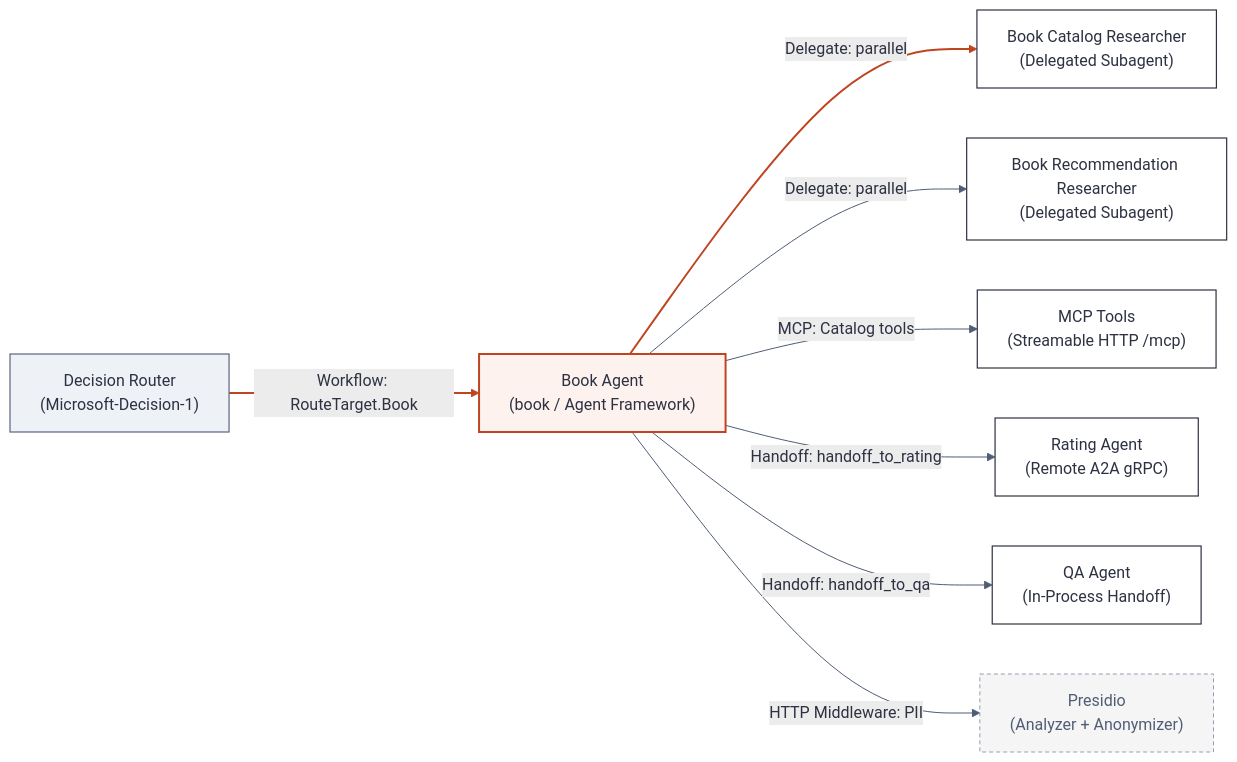
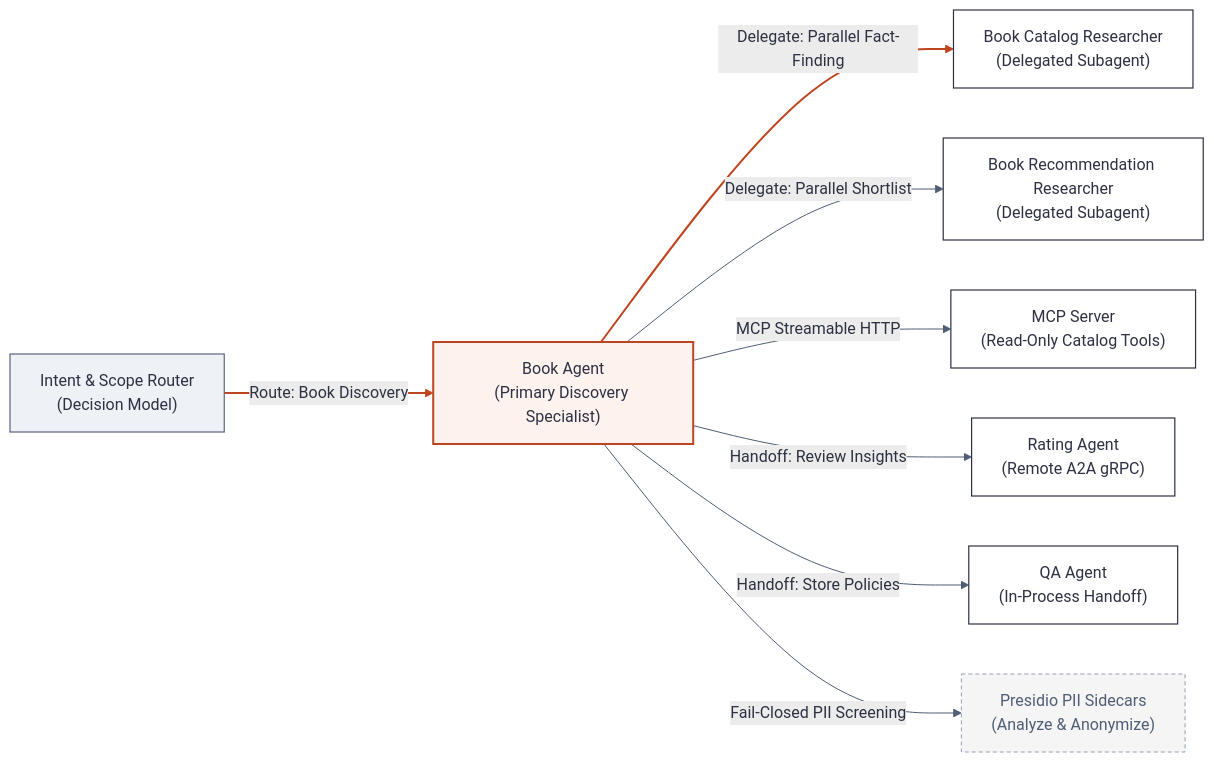
The diagram in docs/domains/BookWorm/subdomains/Conversational/agents/book-agent/mermaids/book-agent-diagram-1.mmd (foxminchan/BookWorm), drawn with Mermaid before and after one commit. The commit also changed 630 other files, not shown here.

Commit message:
Enhance documentation and diagrams (#1864)

```diff
--- a/docs/domains/BookWorm/subdomains/Conversational/agents/book-agent/mermaids/book-agent-diagram-1.mmd
+++ b/docs/domains/BookWorm/subdomains/Conversational/agents/book-agent/mermaids/book-agent-diagram-1.mmd
@@ -1,30 +1,30 @@
 %%{init: {'theme': 'base', 'themeVariables': {'background': '#f5f5f5', 'primaryColor': '#ffffff', 'primaryTextColor': '#2d3142', 'primaryBorderColor': '#2d3142', 'secondaryColor': '#ececec', 'secondaryBorderColor': '#4f5d75', 'tertiaryColor': '#fdf2ee', 'tertiaryBorderColor': '#bf4520', 'lineColor': '#4f5d75', 'textColor': '#2d3142', 'clusterBkg': '#f8f9fa', 'clusterBorder': '#bfc0c0', 'fontFamily': 'Geist, system-ui, sans-serif'}}}%%
 flowchart LR
-	router["Decision Router\n(Microsoft-Decision-1)"]
-	book["Book Agent\n(book / Agent Framework)"]
+	router["Intent & Scope Router\n(Decision Model)"]
+	book["Book Agent\n(Primary Discovery Specialist)"]
 	catRes["Book Catalog Researcher\n(Delegated Subagent)"]
 	recRes["Book Recommendation Researcher\n(Delegated Subagent)"]
-	mcp["MCP Tools\n(Streamable HTTP /mcp)"]
+	mcp["MCP Server\n(Read-Only Catalog Tools)"]
 	rating["Rating Agent\n(Remote A2A gRPC)"]
 	qa["QA Agent\n(In-Process Handoff)"]
-	presidio["Presidio\n(Analyzer + Anonymizer)"]
+	presidio["Presidio PII Sidecars\n(Analyze & Anonymize)"]
 
-	router --> |"Workflow: RouteTarget.Book"| book
-	book --> |"Delegate: parallel"| catRes
-	book --> |"Delegate: parallel"| recRes
-	book --> |"MCP: Catalog tools"| mcp
-	book --> |"Handoff: handoff_to_rating"| rating
-	book --> |"Handoff: handoff_to_qa"| qa
-	book --> |"HTTP Middleware: PII"| presidio
+	router --> |"Route: Book Discovery"| book
+	book --> |"Delegate: Parallel Fact-Finding"| catRes
+	book --> |"Delegate: Parallel Shortlist"| recRes
+	book --> |"MCP Streamable HTTP"| mcp
+	book --> |"Handoff: Review Insights"| rating
+	book --> |"Handoff: Store Policies"| qa
+	book --> |"Fail-Closed PII Screening"| presidio
 
 	classDef focal fill:#fdf2ee,stroke:#bf4520,stroke-width:2px,color:#2d3142
 	classDef service fill:#ffffff,stroke:#2d3142,stroke-width:1.2px,color:#2d3142
 	classDef store fill:#ececec,stroke:#4f5d75,stroke-width:1.2px,color:#2d3142
 	classDef input fill:#eef1f6,stroke:#5a6580,stroke-width:1.2px,color:#2d3142
 	classDef ext fill:#f5f5f5,stroke:#949eb2,stroke-width:1px,stroke-dasharray:4 3,color:#4f5d75
 	class book focal
 	class catRes,recRes,mcp,rating,qa service
 	class router input
 	class presidio ext
 	linkStyle 0 stroke:#bf4520,stroke-width:2px
 	linkStyle 1 stroke:#bf4520,stroke-width:2px
```
